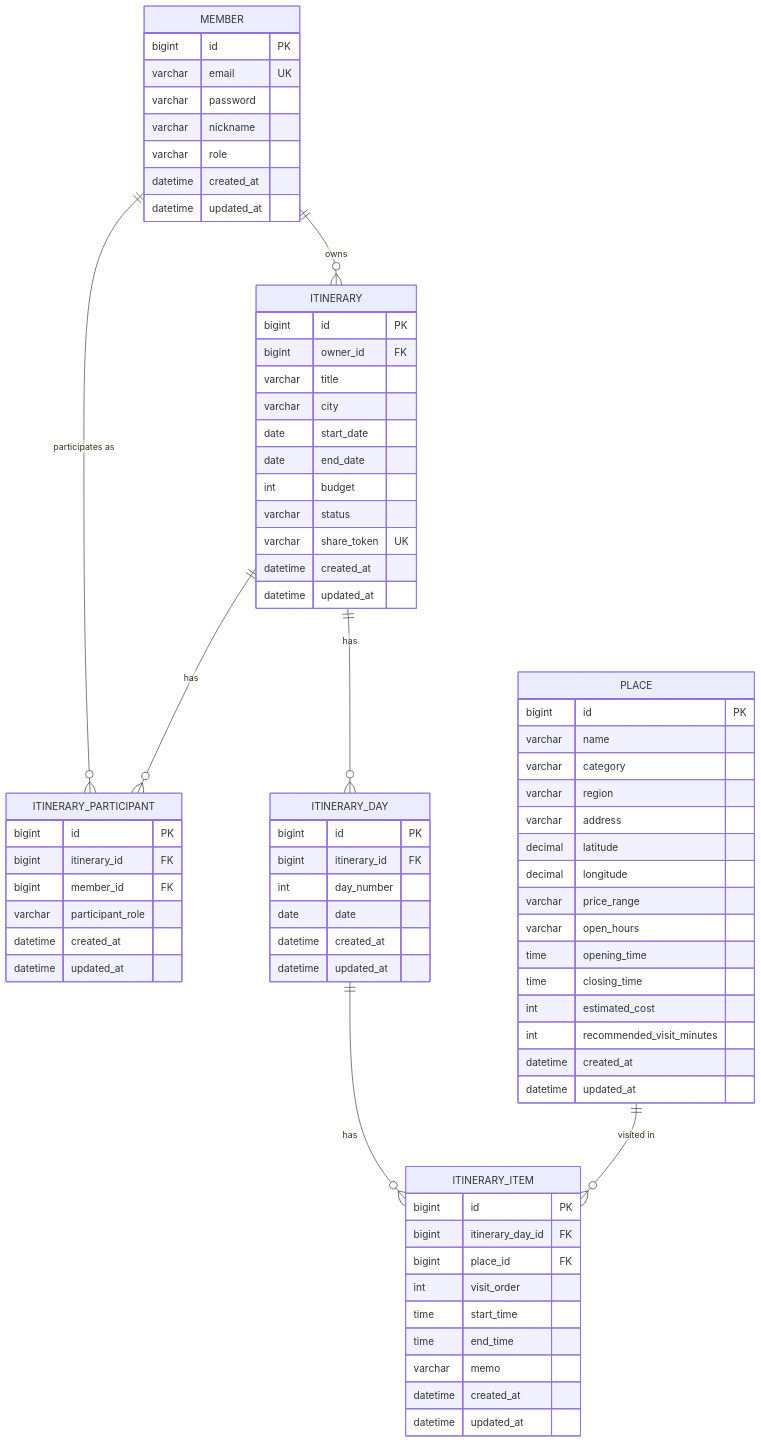
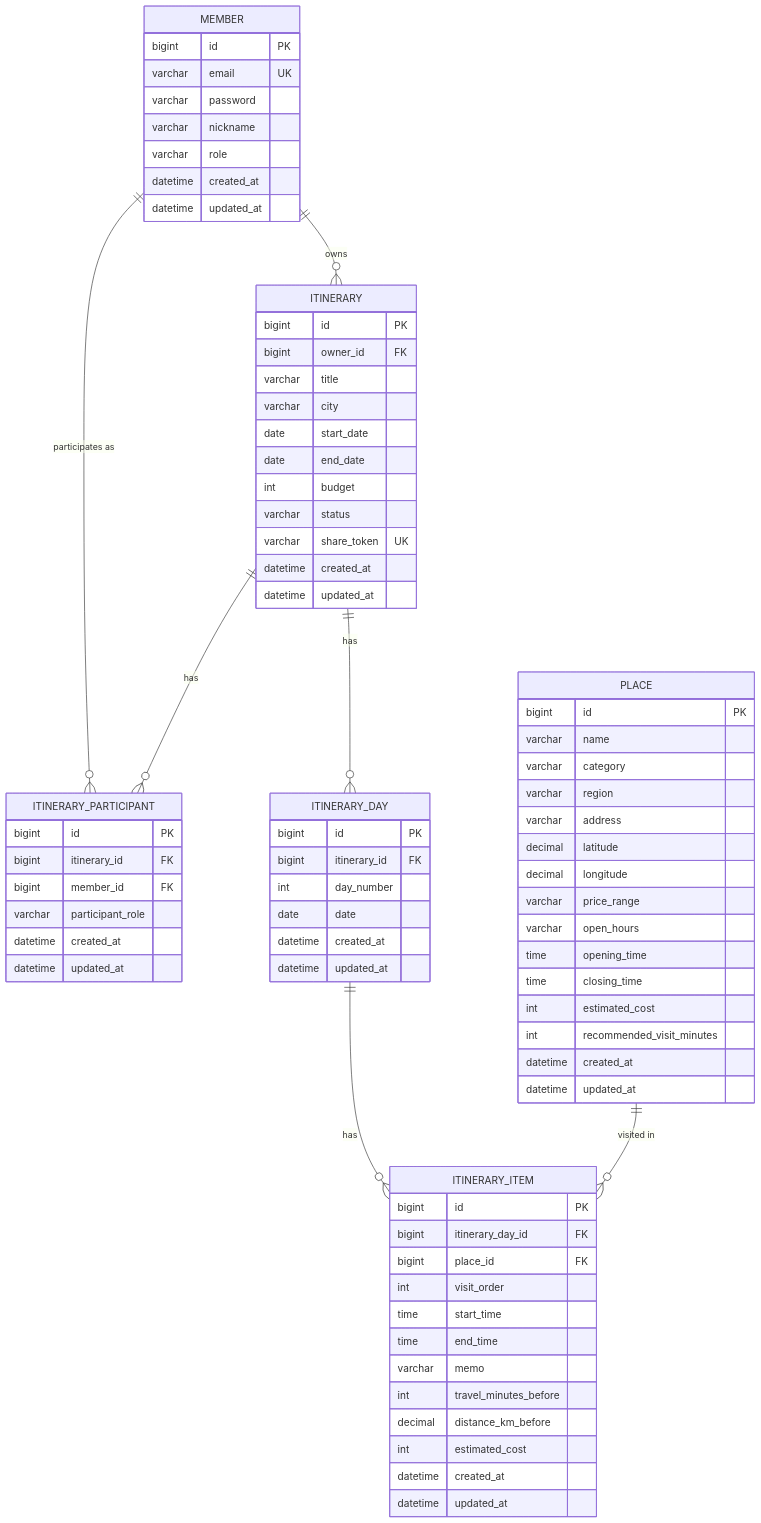
One commit to springday3355-tech/TravelPlanner changed the diagram in docs/architecture/TravelPlanner-ERD.md. Above: the diagram before and after it, drawn with Mermaid. The commit also changed 6 other files, not shown here.

```diff
--- a/docs/architecture/TravelPlanner-ERD.md
+++ b/docs/architecture/TravelPlanner-ERD.md
@@ -54,6 +54,9 @@
         time start_time
         time end_time
         varchar memo
+        int travel_minutes_before
+        decimal distance_km_before
+        int estimated_cost
         datetime created_at
         datetime updated_at
     }
```
